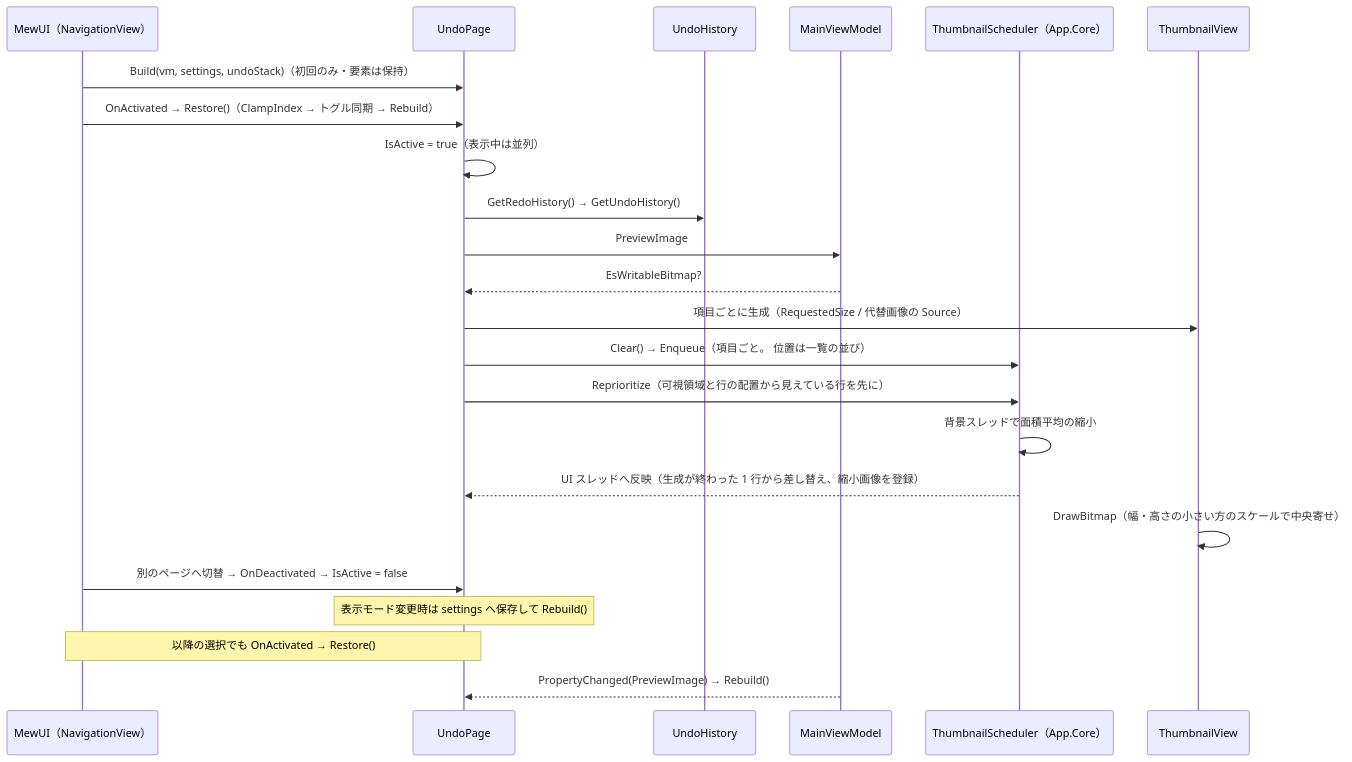
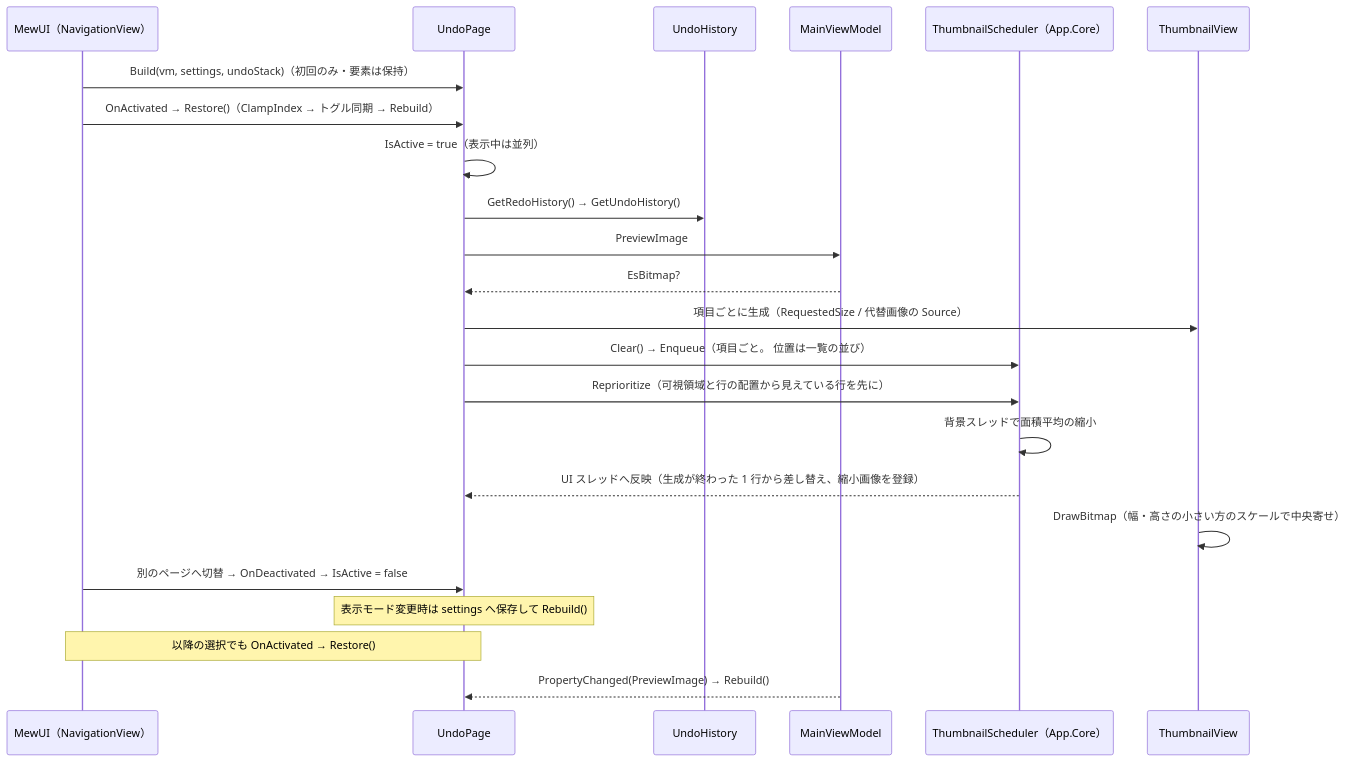
The ninth of 12 diagrams in src/App.MewUI/docs/SPEC_System.md (tomokuni/SaveEvidence), drawn with Mermaid before and after one commit. The commit also changed other lines of this file and 41 other files, not shown here.

````diff
--- a/src/App.MewUI/docs/SPEC_System.md
+++ b/src/App.MewUI/docs/SPEC_System.md
@@ -520,26 +520,26 @@
 ```mermaid
 sequenceDiagram
     participant MW as MewUI（NavigationView）
     participant UP as UndoPage
     participant US as UndoHistory
     participant VM as MainViewModel
     participant TS as ThumbnailScheduler（App.Core）
     participant TV as ThumbnailView
 
     MW->>UP: Build(vm, settings, undoStack)（初回のみ・要素は保持）
     MW->>UP: OnActivated → Restore()（ClampIndex → トグル同期 → Rebuild）
     UP->>UP: IsActive = true（表示中は並列）
     UP->>US: GetRedoHistory() → GetUndoHistory()
     UP->>VM: PreviewImage
-    VM-->>UP: EsWritableBitmap?
+    VM-->>UP: EsBitmap?
     UP->>TV: 項目ごとに生成（RequestedSize / 代替画像の Source）
     UP->>TS: Clear() → Enqueue（項目ごと。 位置は一覧の並び）
     UP->>TS: Reprioritize（可視領域と行の配置から見えている行を先に）
     TS->>TS: 背景スレッドで面積平均の縮小
     TS-->>UP: UI スレッドへ反映（生成が終わった 1 行から差し替え、縮小画像を登録）
     TV->>TV: DrawBitmap（幅・高さの小さい方のスケールで中央寄せ）
     MW->>UP: 別のページへ切替 → OnDeactivated → IsActive = false
     Note over UP: 表示モード変更時は settings へ保存して Rebuild()
     Note over MW,UP: 以降の選択でも OnActivated → Restore()
     VM-->>UP: PropertyChanged(PreviewImage) → Rebuild()
 ```
````
